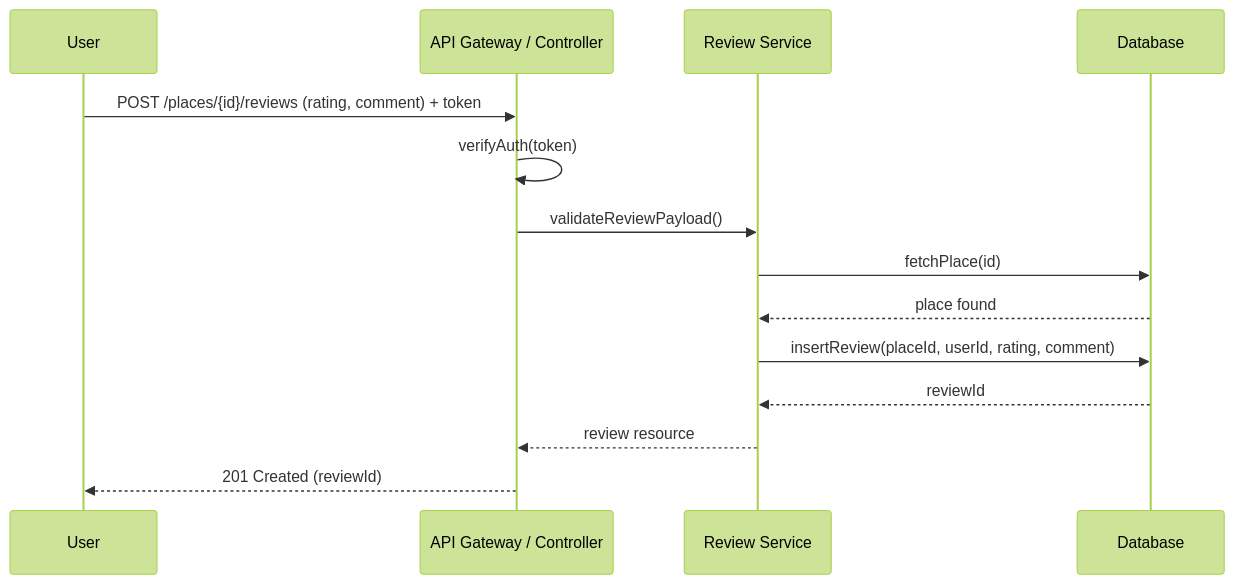
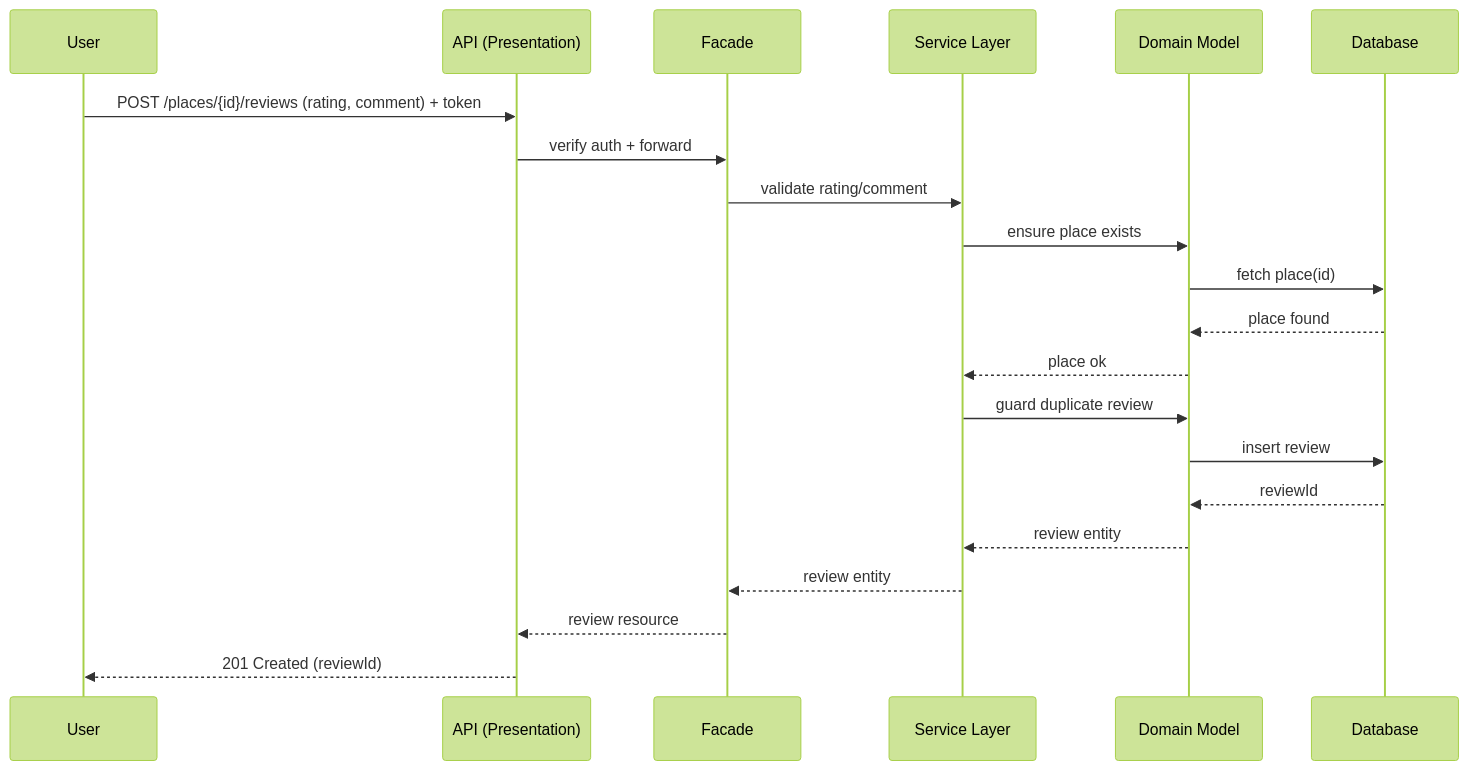
Before and after one commit to kriaa9/holbertonschool-hbnb: the third of 4 diagrams in part1/sequence_diagrams.md, drawn with Mermaid (forest theme). The commit also changed other lines of this file and 1 other file, not shown here.

Commit message:
refactor: update sequence diagrams for API calls to enhance clarity and consistency

````diff
--- a/part1/sequence_diagrams.md
+++ b/part1/sequence_diagrams.md
@@ -49,17 +53,24 @@
 ```mermaid
 sequenceDiagram
- participant User
- participant API as API Gateway / Controller
- participant Service as Review Service
- participant DB as Database
+	participant User
+	participant API as API (Presentation)
+	participant Facade
+	participant Service as Service Layer
+	participant Model as Domain Model
+	participant DB as Database
 
- User->>API: POST /places/{id}/reviews (rating, comment) + token
- API->>API: verifyAuth(token)
- API->>Service: validateReviewPayload()
- Service->>DB: fetchPlace(id)
- DB-->>Service: place found
- Service->>DB: insertReview(placeId, userId, rating, comment)
- DB-->>Service: reviewId
- Service-->>API: review resource
- API-->>User: 201 Created (reviewId)
+	User->>API: POST /places/{id}/reviews (rating, comment) + token
+	API->>Facade: verify auth + forward
+	Facade->>Service: validate rating/comment
+	Service->>Model: ensure place exists
+	Model->>DB: fetch place(id)
+	DB-->>Model: place found
+	Model-->>Service: place ok
+	Service->>Model: guard duplicate review
+	Model->>DB: insert review
+	DB-->>Model: reviewId
+	Model-->>Service: review entity
+	Service-->>Facade: review entity
+	Facade-->>API: review resource
+	API-->>User: 201 Created (reviewId)
 ```
````
